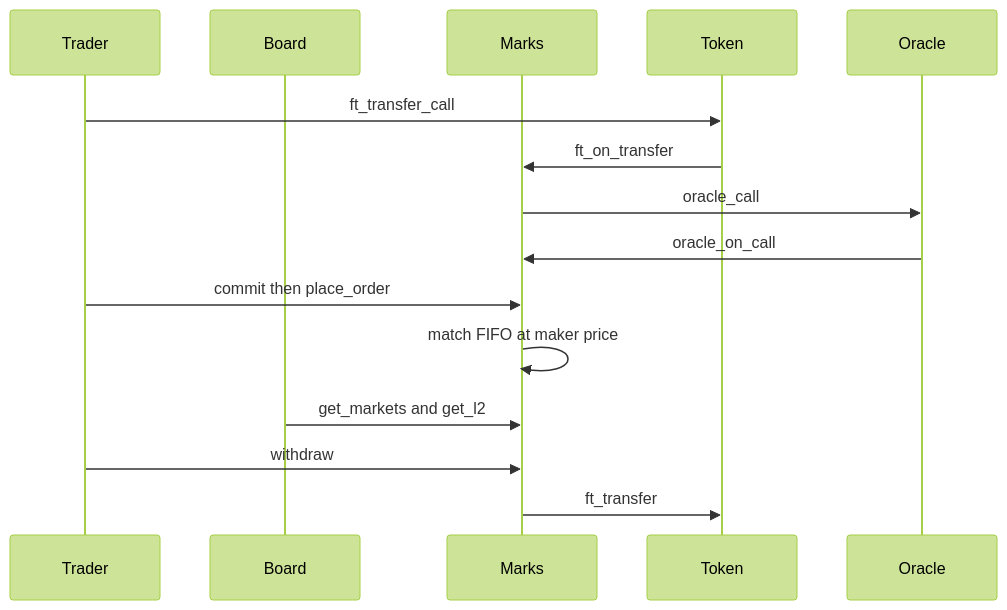
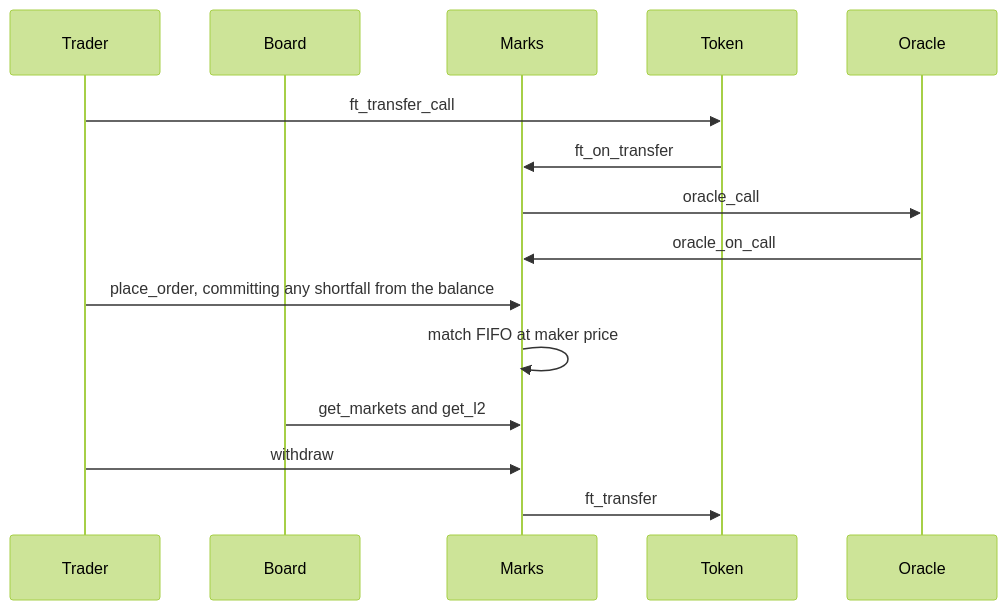
Before and after one commit to amdonatusprince/Marks-on-Near: the fifth of 5 diagrams in README.md, drawn with Mermaid (forest theme). The commit also changed other lines of this file, not shown here.

````diff
--- a/README.md
+++ b/README.md
@@ -9,17 +311,17 @@
 ```mermaid
 sequenceDiagram
   participant Trader
   participant Board
   participant Marks
   participant Token
   participant Oracle
   Trader->>Token: ft_transfer_call
   Token->>Marks: ft_on_transfer
   Marks->>Oracle: oracle_call
   Oracle->>Marks: oracle_on_call
-  Trader->>Marks: commit then place_order
+  Trader->>Marks: place_order, committing any shortfall from the balance
   Marks->>Marks: match FIFO at maker price
   Board->>Marks: get_markets and get_l2
   Trader->>Marks: withdraw
   Marks->>Token: ft_transfer
 ```
````
